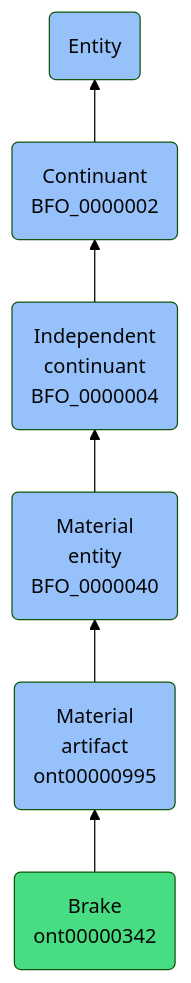
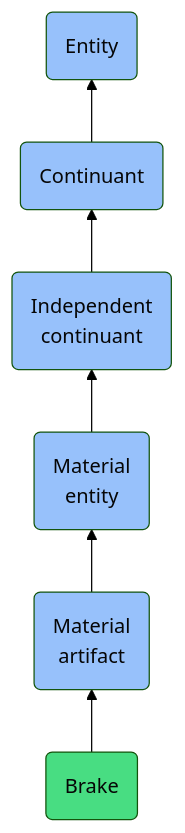
One commit to jupyter-naas/abi changed the diagram in docs/ontology/reference/model/Entity/Continuant/Independent continuant/Material entity/Material artifact/Brake/Brake.md. Above: the diagram before and after it, drawn with Mermaid (forest theme). The commit also changed other lines of this file and 1430 other files, not shown here.

````diff
--- a/docs/ontology/reference/model/Entity/Continuant/Independent continuant/Material entity/Material artifact/Brake/Brake.md
+++ b/docs/ontology/reference/model/Entity/Continuant/Independent continuant/Material entity/Material artifact/Brake/Brake.md
@@ -24,13 +24,13 @@
 ```mermaid
 graph BT
-    ont00000342(Brake<br>ont00000342):::ABI-->ont00000995
-    ont00000995(Material<br>artifact<br>ont00000995):::BFO-->BFO_0000040
-    BFO_0000040(Material<br>entity<br>BFO_0000040):::BFO-->BFO_0000004
-    BFO_0000004(Independent<br>continuant<br>BFO_0000004):::BFO-->BFO_0000002
-    BFO_0000002(Continuant<br>BFO_0000002):::BFO-->BFO_0000001
+    ont00000342(Brake):::ABI-->ont00000995
+    ont00000995(Material<br>artifact):::BFO-->BFO_0000040
+    BFO_0000040(Material<br>entity):::BFO-->BFO_0000004
+    BFO_0000004(Independent<br>continuant):::BFO-->BFO_0000002
+    BFO_0000002(Continuant):::BFO-->BFO_0000001
     BFO_0000001(Entity):::BFO
     
     classDef BFO fill:#97c1fb,color:#060606
     classDef CCO fill:#e4c51e,color:#060606
     classDef ABI fill:#48DD82,color:#060606
 ```
````
